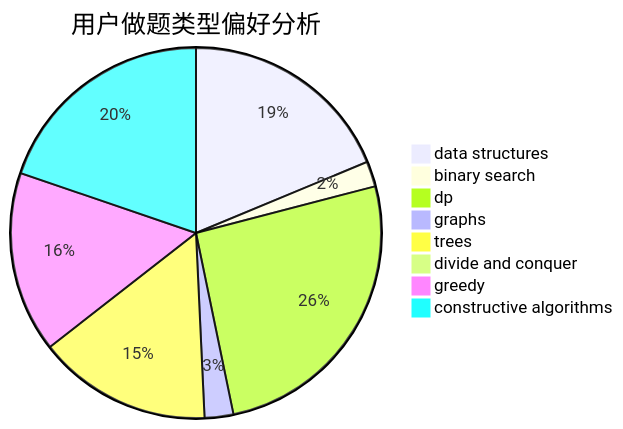
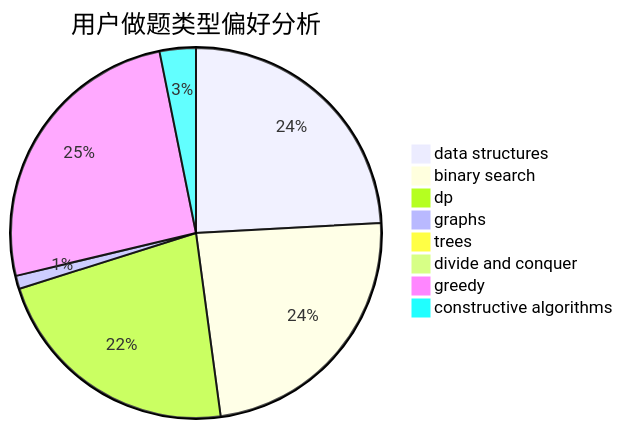
One commit to sherpahu/cfrs.github.io changed the second of 3 diagrams in docs/user/u2105.md. Above: the diagram before and after it, drawn with Mermaid. The commit also changed other lines of this file and 2770 other files, not shown here.

````diff
--- a/docs/user/u2105.md
+++ b/docs/user/u2105.md
@@ -23,11 +23,11 @@
 ```mermaid
 pie title 用户做题类型偏好分析
-    "data structures" :  127
-    "binary search" :  15
-    "dp" :  175
-    "graphs" :  17
-    "trees" :  103
-    "divide and conquer" :  0
-    "greedy" :  107
-    "constructive algorithms" :  134
+    "data structures" :  527
+    "binary search" :  518
+    "dp" :  486
+    "graphs" :  25
+    "trees" :  6
+    "divide and conquer" :  1
+    "greedy" :  558
+    "constructive algorithms" :  69
 ```
````
